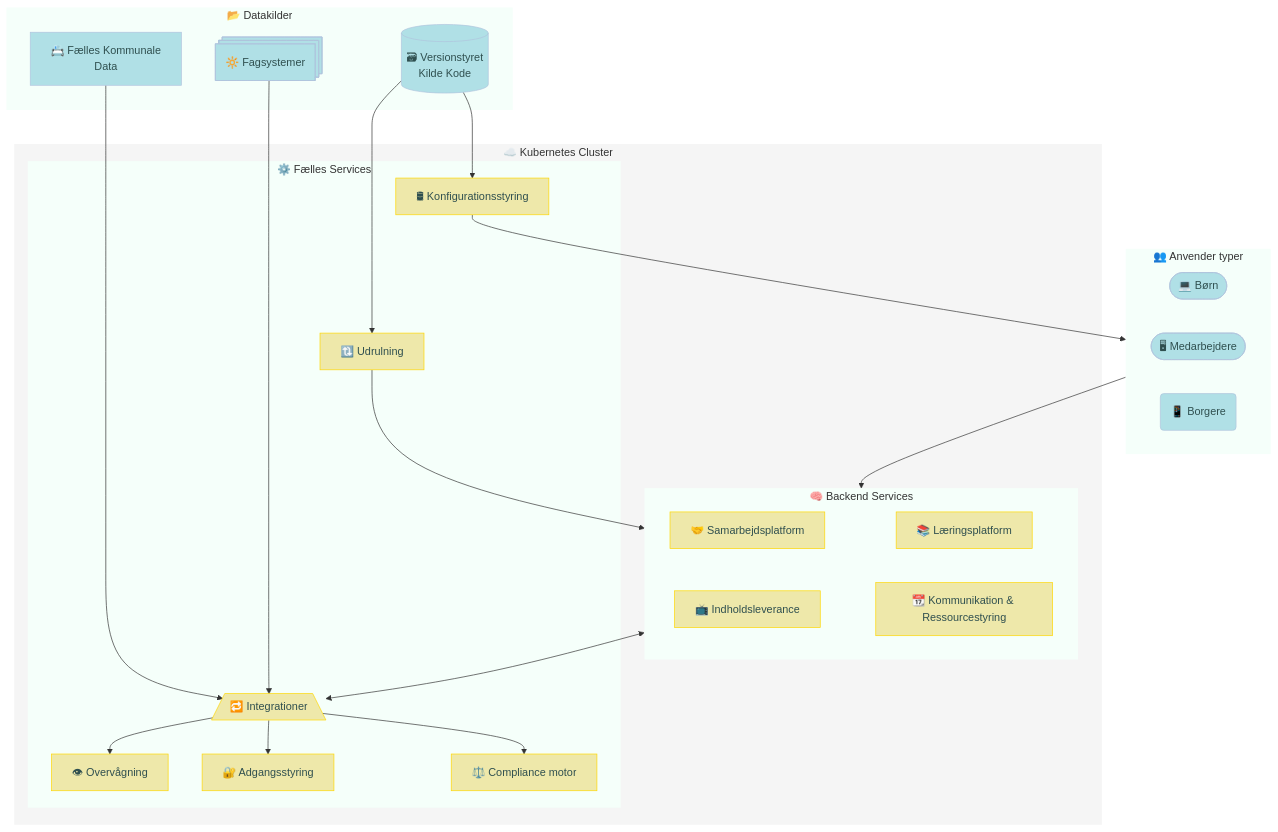
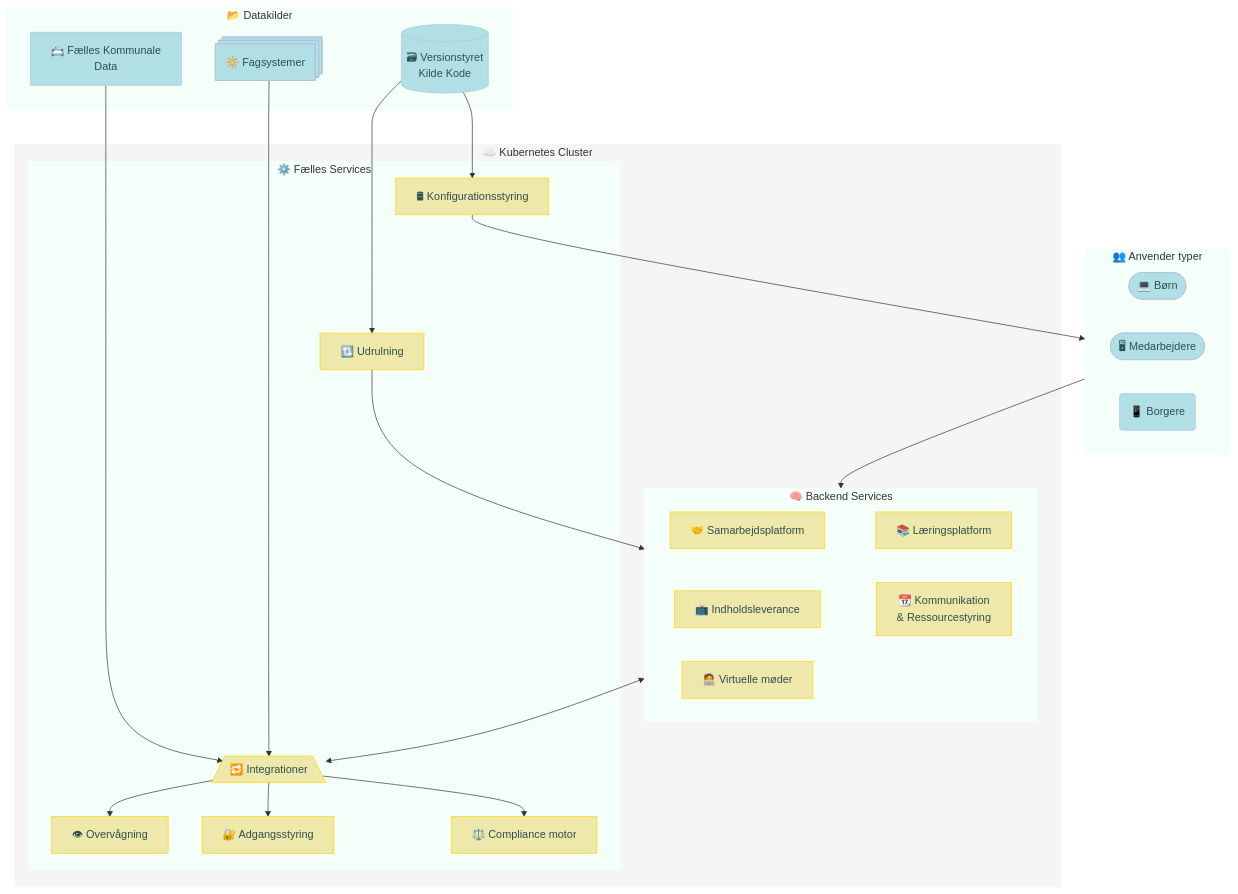
The diagram in proposals/2025-09-12-digital-suverænintet.md (janhalen/enterprise-architecture-patterns), drawn with Mermaid before and after one commit. The commit also changed other lines of this file, not shown here.

````diff
--- a/proposals/2025-09-12-digital-suverænintet.md
+++ b/proposals/2025-09-12-digital-suverænintet.md
@@ -73,75 +94,77 @@
 ```mermaid
 flowchart TB
  subgraph Clients["👥 Anvender typer"]
         school(["💻 Børn"])
         office(["🖥 Medarbejdere"])
         rpi(["📱 Borgere"])
   end
  subgraph Backend["🧠 Backend Services"]
     direction RL
         nextcloud["🤝 Samarbejdsplatform"]
         canvas["📚 Læringsplatform"]
         signage["📺 Indholdsleverance"]
-        groupware["📆 Kommunikation & Ressourcestyring"]
+        groupware["📆 Kommunikation <br>& Ressourcestyring"]
+        meetchat["🧑‍💻 Virtuelle møder"] 
   end
  subgraph Common["⚙️ Fælles Services"]
         integration["🔁 Integrationer"]
         deployment["🔃 Udrulning"]
         observability["👁 Overvågning"]
         auth["🔐 Adgangsstyring"]
         fleet["🛢 Konfigurationsstyring"]
         compliance[" ⚖️ Compliance motor "]
   end
  subgraph Cluster["☁️ Kubernetes Cluster"]
         Backend
         Common
   end
  subgraph DataSources["📂 Datakilder"]
         git["🗃 Versionstyret <br>Kilde Kode"]
         municipal["📇 Fælles Kommunale<br>Data"]
         systems["🔆 Fagsystemer"]
   end
     canvas ~~~ nextcloud
     groupware ~~~ signage
     git --> fleet & deployment
     municipal --> integration
     systems --> integration
     integration --> auth & observability & compliance
     deployment --> Backend
     fleet --> Clients
     Backend <--> integration
     Clients --> Backend
 
     rpi@{ shape: rounded}
     integration@{ shape: trap-b}
     git@{ shape: cyl}
     systems@{ shape: procs}
      school:::Client
      office:::Client
      rpi:::Client
      nextcloud:::Service
      canvas:::Service
      signage:::Service
      groupware:::Service
+     meetchat:::Service
      integration:::Service
      deployment:::Service
      observability:::Service
      auth:::Service
      fleet:::Service
      compliance:::Service
      git:::Data
      municipal:::Data
      systems:::Data
 
 
 classDef Client fill:PowderBlue,stroke:LightSteelBlue,color:DarkSlateGray
 classDef Service fill:PaleGoldenRod,stroke:gold,color:DarkSlateGray
 classDef Data fill:PowderBlue,stroke:LightSteelBlue,color:DarkSlateGray
 
 style Backend stroke:none,fill:MintCream
 style Common stroke:none,fill:Mintcream
 style Clients stroke:none,fill:MintCream
 style Cluster stroke:none,fill:WhiteSmoke
 style DataSources stroke:none,fill:MintCream 
 
 ```
````
